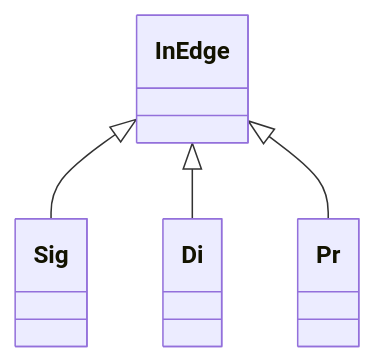
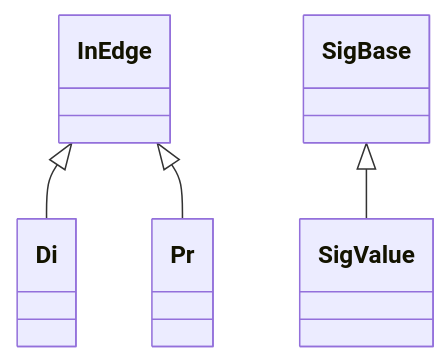
One commit to ao81/monocon changed the diagram in release/manual.md. Above: the diagram before and after it, drawn with Mermaid. The commit also changed other lines of this file, not shown here.

````diff
--- a/release/manual.md
+++ b/release/manual.md
@@ -700,6 +925,6 @@
 ```mermaid
 classDiagram
-    InEdge <|-- Sig
     InEdge <|-- Di
     InEdge <|-- Pr
+    SigBase <|-- SigValue
 ```
````
